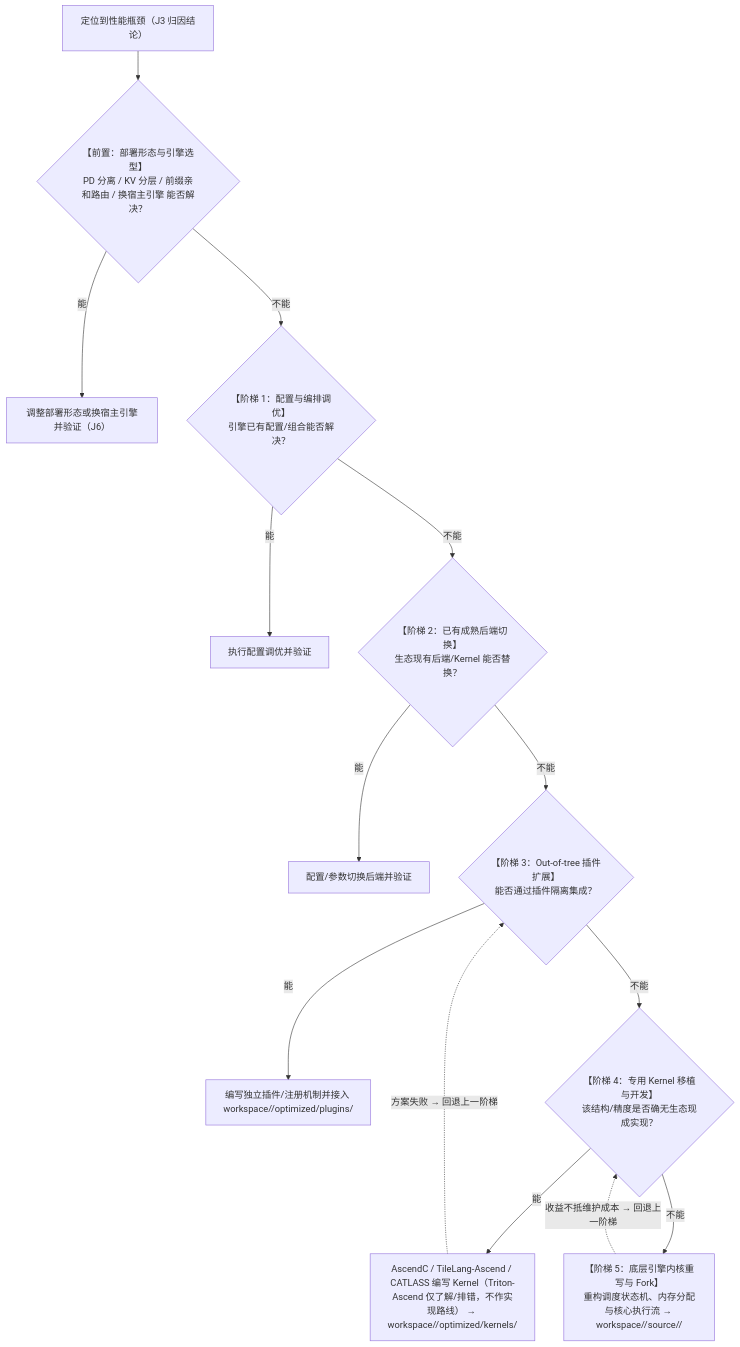
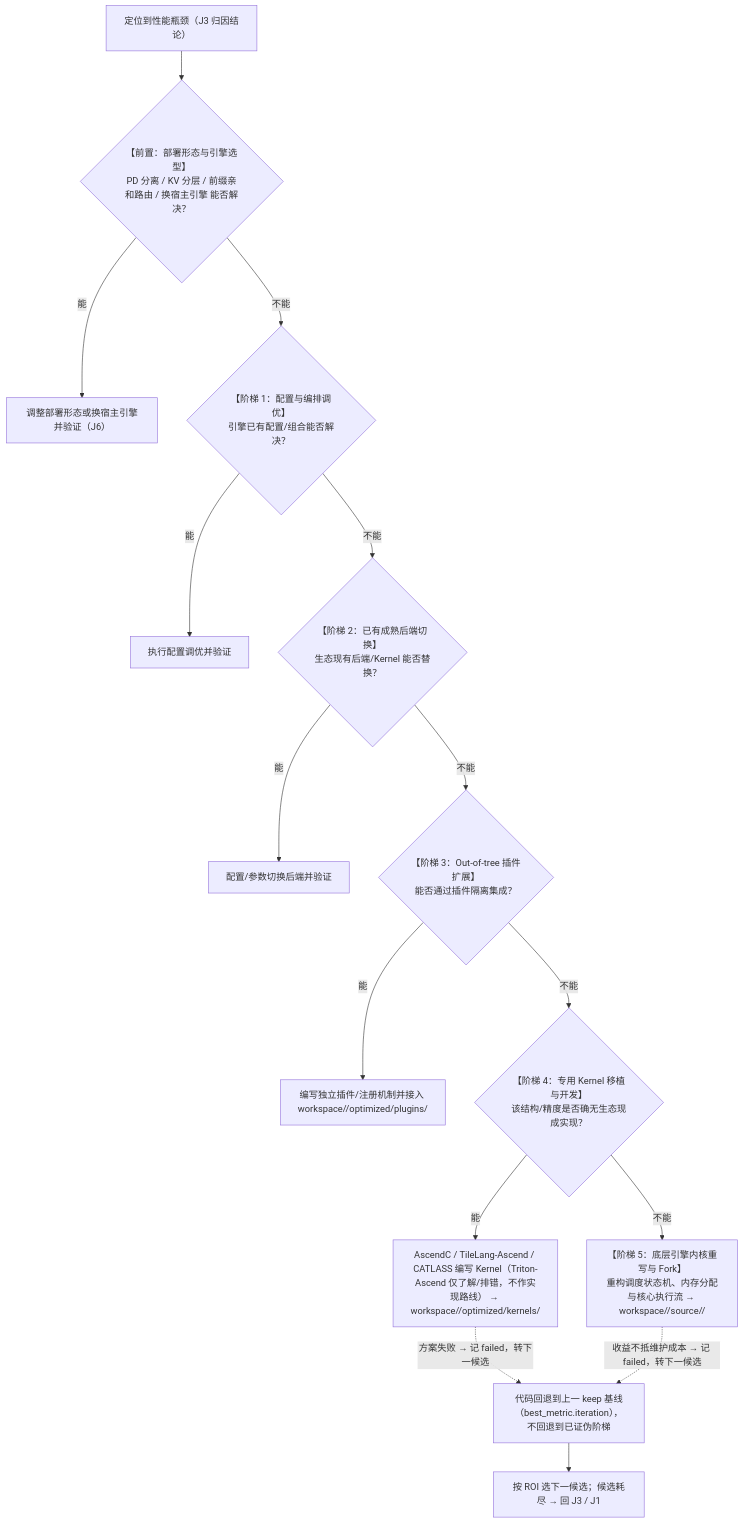
The second of 2 diagrams in docs/01-pipeline-and-ledger.md (SummerTea/ascend-infer-pilot), drawn with Mermaid before and after one commit. The commit also changed other lines of this file and 11 other files, not shown here.

````diff
--- a/docs/01-pipeline-and-ledger.md
+++ b/docs/01-pipeline-and-ledger.md
@@ -205,16 +205,17 @@
 ```mermaid
 flowchart TD
     Start["定位到性能瓶颈（J3 归因结论）"] --> Pre{"【前置：部署形态与引擎选型】<br/>PD 分离 / KV 分层 / 前缀亲和路由 / 换宿主引擎 能否解决？"}
     Pre --"能"--> Done0["调整部署形态或换宿主引擎并验证（J6）"]
     Pre --"不能"--> Step1{"【阶梯 1：配置与编排调优】<br/>引擎已有配置/组合能否解决？"}
     Step1 --"能"--> Done1["执行配置调优并验证"]
     Step1 --"不能"--> Step2{"【阶梯 2：已有成熟后端切换】<br/>生态现有后端/Kernel 能否替换？"}
     Step2 --"能"--> Done2["配置/参数切换后端并验证"]
     Step2 --"不能"--> Step3{"【阶梯 3：Out-of-tree 插件扩展】<br/>能否通过插件隔离集成？"}
     Step3 --"能"--> Done3["编写独立插件/注册机制并接入 workspace/<scenario-id>/optimized/plugins/"]
     Step3 --"不能"--> Step4{"【阶梯 4：专用 Kernel 移植与开发】<br/>该结构/精度是否确无生态现成实现？"}
     Step4 --"能"--> Done4["AscendC / TileLang-Ascend / CATLASS 编写 Kernel（Triton-Ascend 仅了解/排错，不作实现路线） → workspace/<scenario-id>/optimized/kernels/"]
     Step4 --"不能"--> Step5["【阶梯 5：底层引擎内核重写与 Fork】<br/>重构调度状态机、内存分配与核心执行流 → workspace/<scenario-id>/source/<engine>/"]
-    Done4 -. "方案失败 → 回退上一阶梯" .-> Step3
-    Step5 -. "收益不抵维护成本 → 回退上一阶梯" .-> Step4
+    Done4 -. "方案失败 → 记 failed，转下一候选" .-> Fail["代码回退到上一 keep 基线（best_metric.iteration），不回退到已证伪阶梯"]
+    Step5 -. "收益不抵维护成本 → 记 failed，转下一候选" .-> Fail
+    Fail --> Next["按 ROI 选下一候选；候选耗尽 → 回 J3 / J1"]
 ```
````
